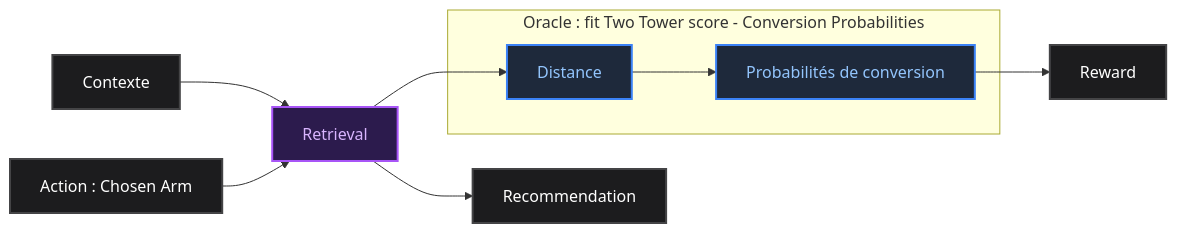
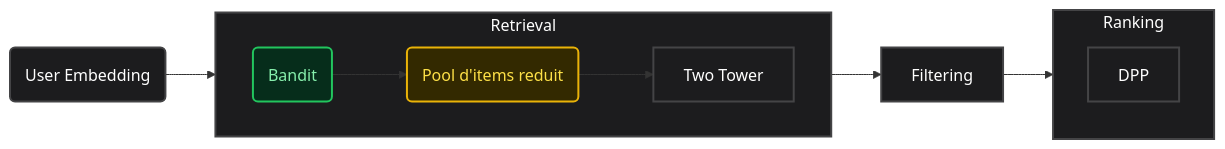
One commit to pass-culture/bandit-demo changed the third of 3 diagrams in README.md. Above: the diagram before and after it, drawn with Mermaid. The commit also changed other lines of this file and 5 other files, not shown here.

````diff
--- a/README.md
+++ b/README.md
@@ -212,32 +436,48 @@
 ```mermaid
 graph LR
     %% --- Nodes Definition ---
-
-    Context[Contexte]
-    Reco[Action : Chosen Arm]
-    Retrieval[Retrieval]
-    Item[Recommendation]
-    Distance[Distance]
-    Modele[Probabilités de conversion]
-    Reward[Reward]
+    
+		User(User Embedding)
+    TT[Two Tower]
+    Retrieval
+    Filtering
+    Ranking
+    DPP
+    Bandit(Bandit)
+    Pool(Pool d'items reduit)
+    
 
     %% --- Connections ---
-
-    Context --> Retrieval
-    Reco --> Retrieval
-    Retrieval --> Item
-    Retrieval --> Distance
-    subgraph Oracle : fit Two Tower score - Conversion Probabilities
-        Distance --> Modele
+    
+    subgraph Retrieval
+	    direction LR
+	    
+	    Bandit --> Pool
+	    Pool --> TT
     end
-    Modele --> Reward
+    
+    subgraph Ranking
+	    direction TB
+	    
+	    DPP
+    end
+    
+    User --> Retrieval
+		
+		Retrieval --> Filtering
+		Filtering --> Ranking
 
     %% --- Node Coloring & Styling ---
     classDef purple fill:#2c1b4d,stroke:#a855f7,stroke-width:2px,color:#d8b4fe;
     classDef blue fill:#1e293b,stroke:#3b82f6,stroke-width:2px,color:#93c5fd;
+    classDef red fill:#3b1219,stroke:#ef4444,stroke-width:2px,color:#fca5a5;
+    classDef green fill:#062d1b,stroke:#22c55e,stroke-width:2px,color:#86efac;
+    classDef yellow fill:#332900,stroke:#eab308,stroke-width:2px,color:#fde047;
+    classDef orange fill:#361a08,stroke:#f97316,stroke-width:2px,color:#fdba74;
     classDef defaultNode fill:#1c1c1e,stroke:#444446,stroke-width:2px,color:#ffffff;
 
-    class Retrieval purple
-    class Modele,Distance blue
-    class Context,Reco,Item,Reward defaultNode
+    class Bandit green
+    class Pool yellow
+    class B3 orange
+    class User,Item,TT,Geo,Forbidden,RankingML,DPP,BSpace,Retrieval,Ranking,Filtering defaultNode
 ```
````
